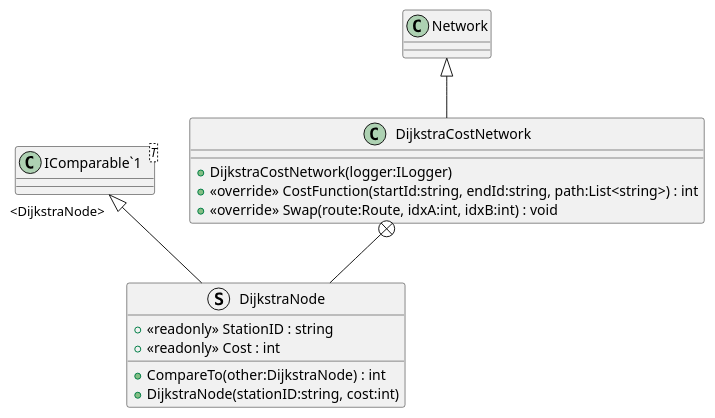
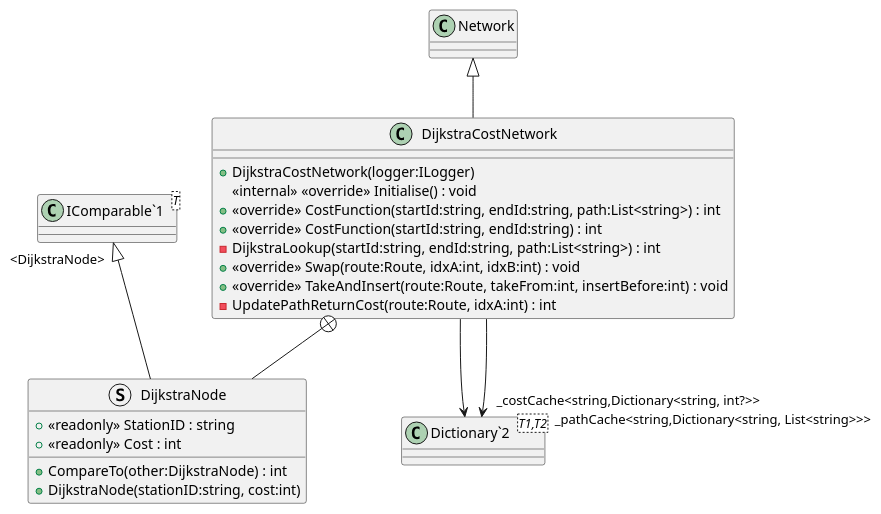
One commit to Liftyee/london-tube-navigator changed the diagram in TubeChallengeRouter/puml/TransportNetwork/DijkstraCostNetwork.puml. Above: the diagram before and after it, drawn with PlantUML. The commit also changed 36 other files, not shown here.

Commit message:
regenerate uml

```diff
--- a/TubeChallengeRouter/puml/TransportNetwork/DijkstraCostNetwork.puml
+++ b/TubeChallengeRouter/puml/TransportNetwork/DijkstraCostNetwork.puml
@@ -1,18 +1,27 @@
 @startuml
 class DijkstraCostNetwork {
     + DijkstraCostNetwork(logger:ILogger)
+    <<internal>> <<override>> Initialise() : void
     + <<override>> CostFunction(startId:string, endId:string, path:List<string>) : int
+    + <<override>> CostFunction(startId:string, endId:string) : int
+    - DijkstraLookup(startId:string, endId:string, path:List<string>) : int
     + <<override>> Swap(route:Route, idxA:int, idxB:int) : void
+    + <<override>> TakeAndInsert(route:Route, takeFrom:int, insertBefore:int) : void
+    - UpdatePathReturnCost(route:Route, idxA:int) : int
 }
 struct DijkstraNode {
     + <<readonly>> StationID : string
     + <<readonly>> Cost : int
     + CompareTo(other:DijkstraNode) : int
     + DijkstraNode(stationID:string, cost:int)
 }
+class "Dictionary`2"<T1,T2> {
+}
 class "IComparable`1"<T> {
 }
 Network <|-- DijkstraCostNetwork
+DijkstraCostNetwork --> "_costCache<string,Dictionary<string, int?>>" "Dictionary`2"
+DijkstraCostNetwork --> "_pathCache<string,Dictionary<string, List<string>>>" "Dictionary`2"
 DijkstraCostNetwork +-- DijkstraNode
 "IComparable`1" "<DijkstraNode>" <|-- DijkstraNode
 @enduml
```
